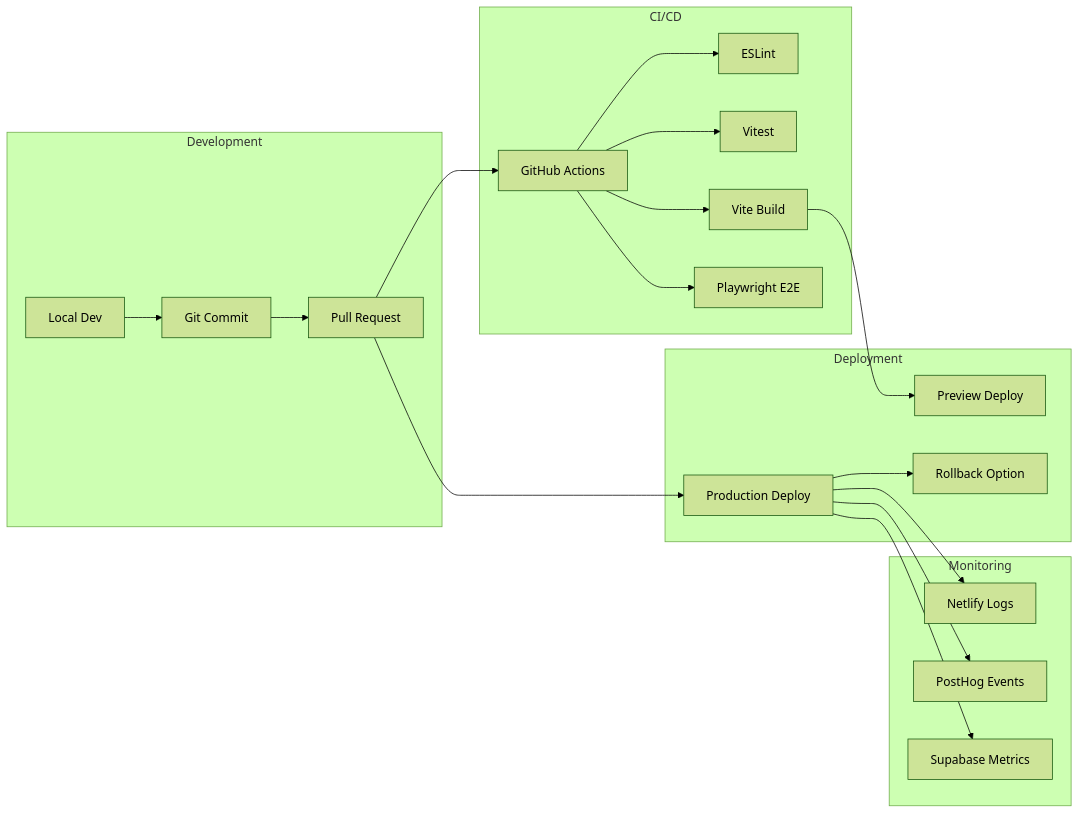
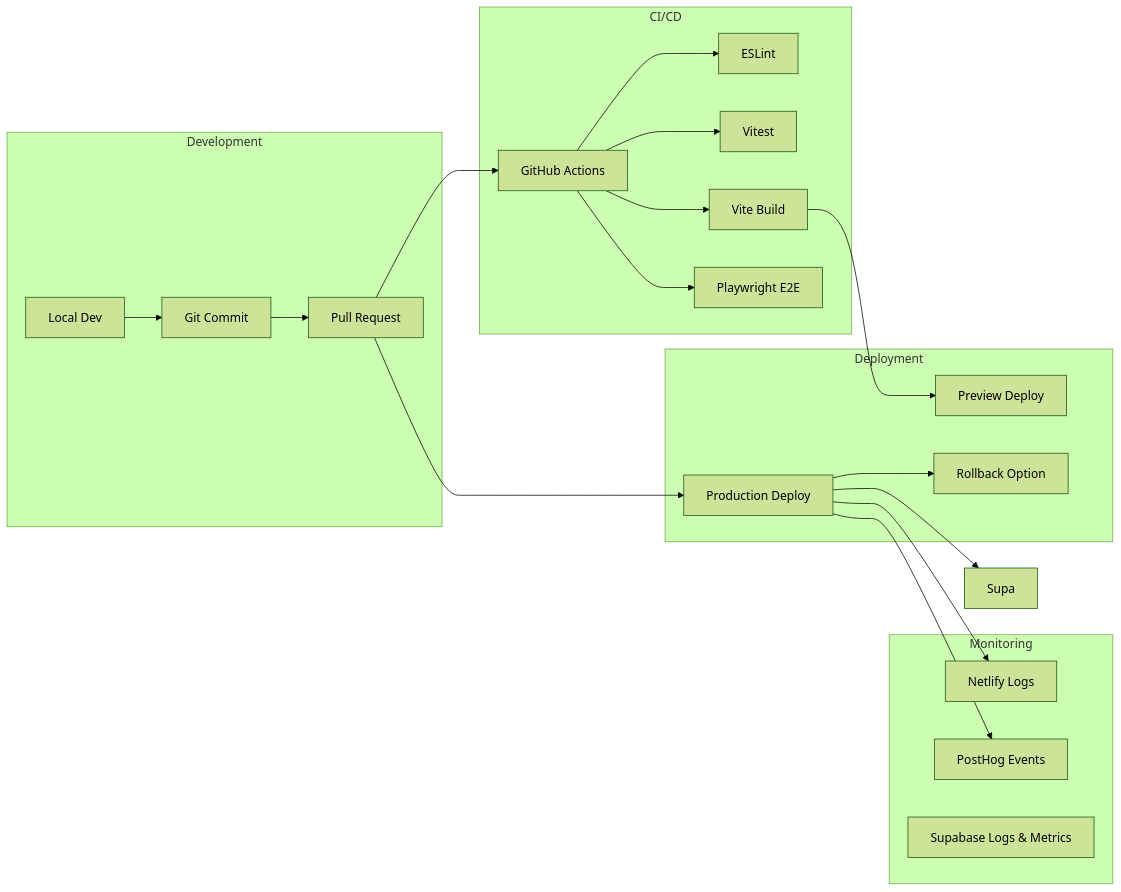
Before and after one commit to dobeutech/dobeunet-vercel: the seventh of 19 diagrams in docs/SYSTEM_ARCHITECTURE.md, drawn with Mermaid (forest theme). The commit also changed other lines of this file and 5 other files, not shown here.

First line of the commit message:
docs: replace remaining MongoDB/Atlas refs with Supabase equivalents

````diff
--- a/docs/SYSTEM_ARCHITECTURE.md
+++ b/docs/SYSTEM_ARCHITECTURE.md
@@ -402,42 +402,42 @@
 ```mermaid
 graph LR
     subgraph "Development"
         Dev[Local Dev]
         Git[Git Commit]
         PR[Pull Request]
     end
 
     subgraph "CI/CD"
         GHA[GitHub Actions]
         Lint[ESLint]
         Test[Vitest]
         Build[Vite Build]
         E2E[Playwright E2E]
     end
 
     subgraph "Deployment"
         Preview[Preview Deploy]
         Prod[Production Deploy]
         Rollback[Rollback Option]
     end
 
     subgraph "Monitoring"
         Netlify[Netlify Logs]
         PostHog[PostHog Events]
-        Atlas[Supabase Metrics]
+        SBMetrics[Supabase Logs & Metrics]
     end
 
     Dev --> Git
     Git --> PR
     PR --> GHA
     GHA --> Lint
     GHA --> Test
     GHA --> Build
     GHA --> E2E
     Build --> Preview
     PR --> Prod
     Prod --> Netlify
     Prod --> PostHog
-    Prod --> Atlas
+    Prod --> Supa
     Prod --> Rollback
 ```
````
